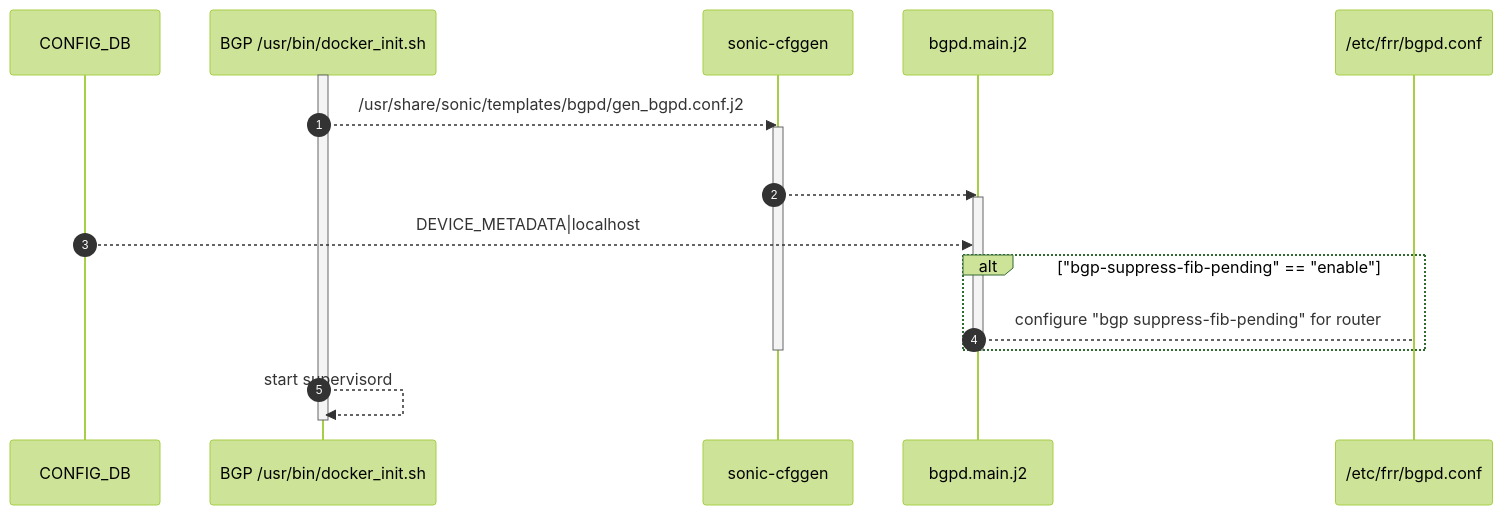
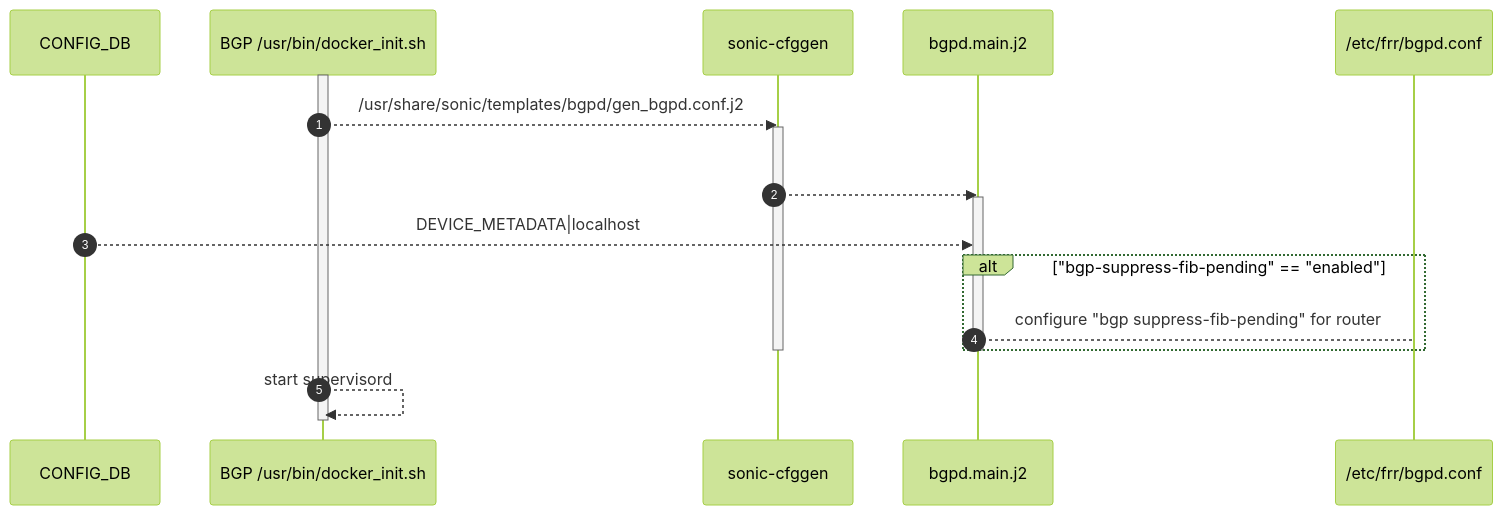
One commit to sonic-net/SONiC changed the first of 4 diagrams in doc/BGP/BGP-supress-fib-pending.md. Above: the diagram before and after it, drawn with Mermaid. The commit also changed other lines of this file, not shown here.

````diff
--- a/doc/BGP/BGP-supress-fib-pending.md
+++ b/doc/BGP/BGP-supress-fib-pending.md
@@ -119,42 +119,42 @@
 ```mermaid
 %%{
   init: {
     "theme": "forest",
     "sequence": {
       "rightAngles": true,
       "showSequenceNumbers": true
     }
   }
 }%%
 sequenceDiagram
     participant CONFIG_DB
     participant A as BGP /usr/bin/docker_init.sh
     participant S as sonic-cfggen
     participant T as bgpd.main.j2
     participant E as /etc/frr/bgpd.conf
 
     activate A
 
     A -->> S: /usr/share/sonic/templates/bgpd/gen_bgpd.conf.j2
 
     activate S
 
     S -->> T: <br>
 
     activate T
 
     CONFIG_DB -->> T: DEVICE_METADATA|localhost
 
-    alt "bgp-suppress-fib-pending" == "enable"
+    alt "bgp-suppress-fib-pending" == "enabled"
         T --> E: configure "bgp suppress-fib-pending" for router
     end
 
 
     deactivate T
 
     deactivate S
 
     A -->> A: start supervisord
 
     deactivate A
 ```
````
